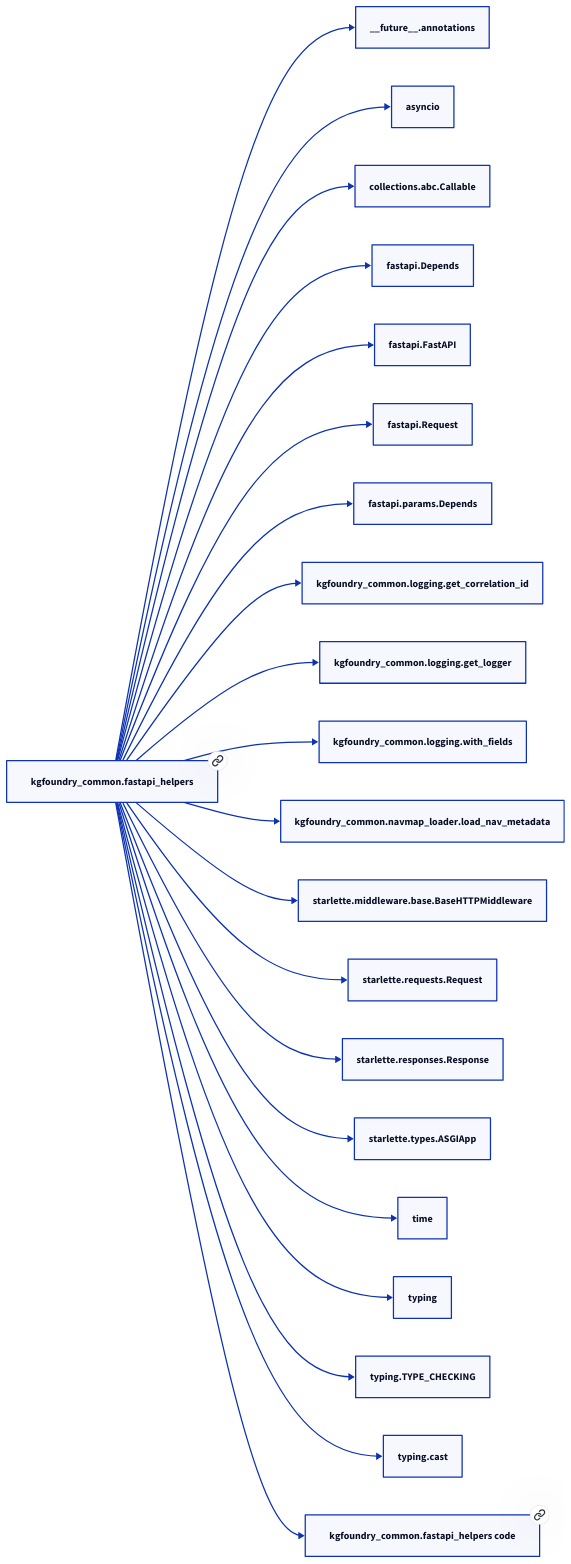
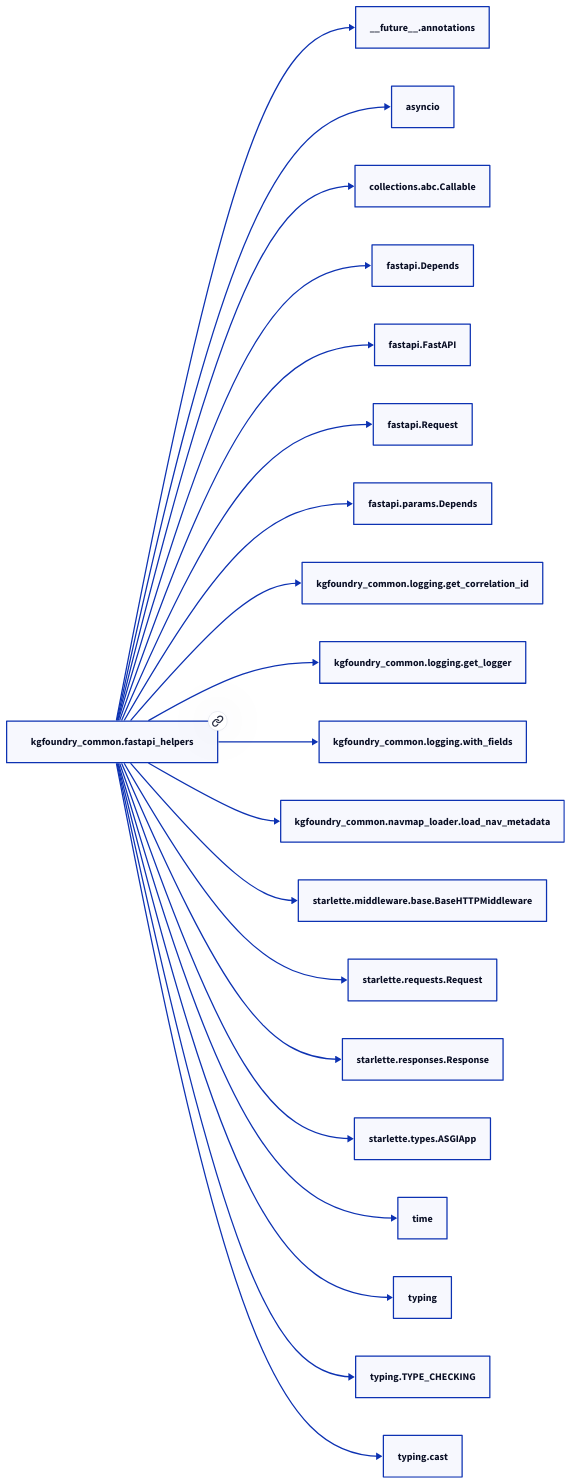
Before and after one commit to paul-heyse/kgforge: the diagram in docs/modules/kgfoundry_common/fastapi_helpers.md, drawn with D2. The commit also changed other lines of this file and 118 other files, not shown here.

````diff
--- a/docs/modules/kgfoundry_common/fastapi_helpers.md
+++ b/docs/modules/kgfoundry_common/fastapi_helpers.md
@@ -41,44 +39,42 @@
 ```d2
 direction: right
-"kgfoundry_common.fastapi_helpers": "kgfoundry_common.fastapi_helpers" { link: "./kgfoundry_common/fastapi_helpers.md" }
+"kgfoundry_common.fastapi_helpers": "kgfoundry_common.fastapi_helpers" { link: "fastapi_helpers.md" }
 "__future__.annotations": "__future__.annotations"
 "kgfoundry_common.fastapi_helpers" -> "__future__.annotations"
 "asyncio": "asyncio"
 "kgfoundry_common.fastapi_helpers" -> "asyncio"
 "collections.abc.Callable": "collections.abc.Callable"
 "kgfoundry_common.fastapi_helpers" -> "collections.abc.Callable"
 "fastapi.Depends": "fastapi.Depends"
 "kgfoundry_common.fastapi_helpers" -> "fastapi.Depends"
 "fastapi.FastAPI": "fastapi.FastAPI"
 "kgfoundry_common.fastapi_helpers" -> "fastapi.FastAPI"
 "fastapi.Request": "fastapi.Request"
 "kgfoundry_common.fastapi_helpers" -> "fastapi.Request"
 "fastapi.params.Depends": "fastapi.params.Depends"
 "kgfoundry_common.fastapi_helpers" -> "fastapi.params.Depends"
 "kgfoundry_common.logging.get_correlation_id": "kgfoundry_common.logging.get_correlation_id"
 "kgfoundry_common.fastapi_helpers" -> "kgfoundry_common.logging.get_correlation_id"
 "kgfoundry_common.logging.get_logger": "kgfoundry_common.logging.get_logger"
 "kgfoundry_common.fastapi_helpers" -> "kgfoundry_common.logging.get_logger"
 "kgfoundry_common.logging.with_fields": "kgfoundry_common.logging.with_fields"
 "kgfoundry_common.fastapi_helpers" -> "kgfoundry_common.logging.with_fields"
 "kgfoundry_common.navmap_loader.load_nav_metadata": "kgfoundry_common.navmap_loader.load_nav_metadata"
 "kgfoundry_common.fastapi_helpers" -> "kgfoundry_common.navmap_loader.load_nav_metadata"
 "starlette.middleware.base.BaseHTTPMiddleware": "starlette.middleware.base.BaseHTTPMiddleware"
 "kgfoundry_common.fastapi_helpers" -> "starlette.middleware.base.BaseHTTPMiddleware"
 "starlette.requests.Request": "starlette.requests.Request"
 "kgfoundry_common.fastapi_helpers" -> "starlette.requests.Request"
 "starlette.responses.Response": "starlette.responses.Response"
 "kgfoundry_common.fastapi_helpers" -> "starlette.responses.Response"
 "starlette.types.ASGIApp": "starlette.types.ASGIApp"
 "kgfoundry_common.fastapi_helpers" -> "starlette.types.ASGIApp"
 "time": "time"
 "kgfoundry_common.fastapi_helpers" -> "time"
 "typing": "typing"
 "kgfoundry_common.fastapi_helpers" -> "typing"
 "typing.TYPE_CHECKING": "typing.TYPE_CHECKING"
 "kgfoundry_common.fastapi_helpers" -> "typing.TYPE_CHECKING"
 "typing.cast": "typing.cast"
 "kgfoundry_common.fastapi_helpers" -> "typing.cast"
-"kgfoundry_common.fastapi_helpers_code": "kgfoundry_common.fastapi_helpers code" { link: "https://github.com/kgfoundry/kgfoundry/blob/main/src/kgfoundry_common/fastapi_helpers.py" }
-"kgfoundry_common.fastapi_helpers" -> "kgfoundry_common.fastapi_helpers_code" { style: dashed }
 ```
````
